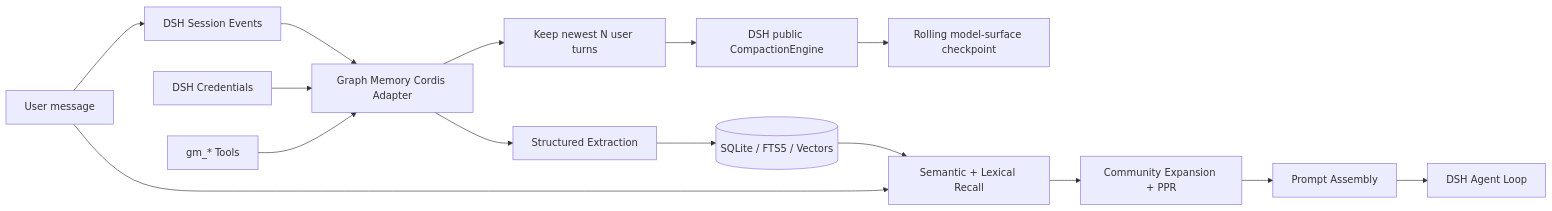
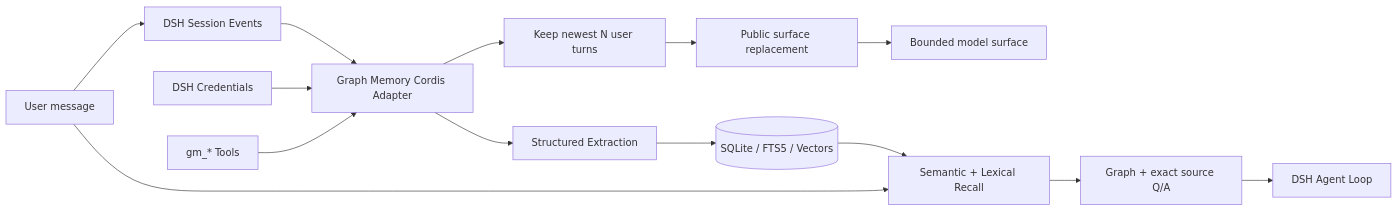
The second of 3 diagrams in README.md (TriDefender/graph-memory), drawn with Mermaid before and after one commit. The commit also changed other lines of this file and 77 other files, not shown here.

Commit message:
feat(dsh): own context history with source-backed recall

````diff
--- a/README.md
+++ b/README.md
@@ -151,19 +172,18 @@
 ```mermaid
 flowchart LR
   USER[User message] --> SESSION[DSH Session Events]
   SESSION --> ADAPTER[Graph Memory Cordis Adapter]
   ADAPTER --> POLICY[Keep newest N user turns]
-  POLICY --> COMPACT[DSH public CompactionEngine]
-  COMPACT --> CHECKPOINT[Rolling model-surface checkpoint]
+  POLICY --> ARCHIVE[Public surface replacement]
+  ARCHIVE --> SURFACE[Bounded model surface]
   ADAPTER --> EXTRACT[Structured Extraction]
   EXTRACT --> GRAPH[(SQLite / FTS5 / Vectors)]
 
   USER --> RECALL[Semantic + Lexical Recall]
   GRAPH --> RECALL
-  RECALL --> RANK[Community Expansion + PPR]
-  RANK --> PROMPT[Prompt Assembly]
+  RECALL --> PROMPT[Graph + exact source Q/A]
   PROMPT --> LOOP[DSH Agent Loop]
 
   CREDS[DSH Credentials] --> ADAPTER
   TOOLS[gm_* Tools] --> ADAPTER
 ```
````
